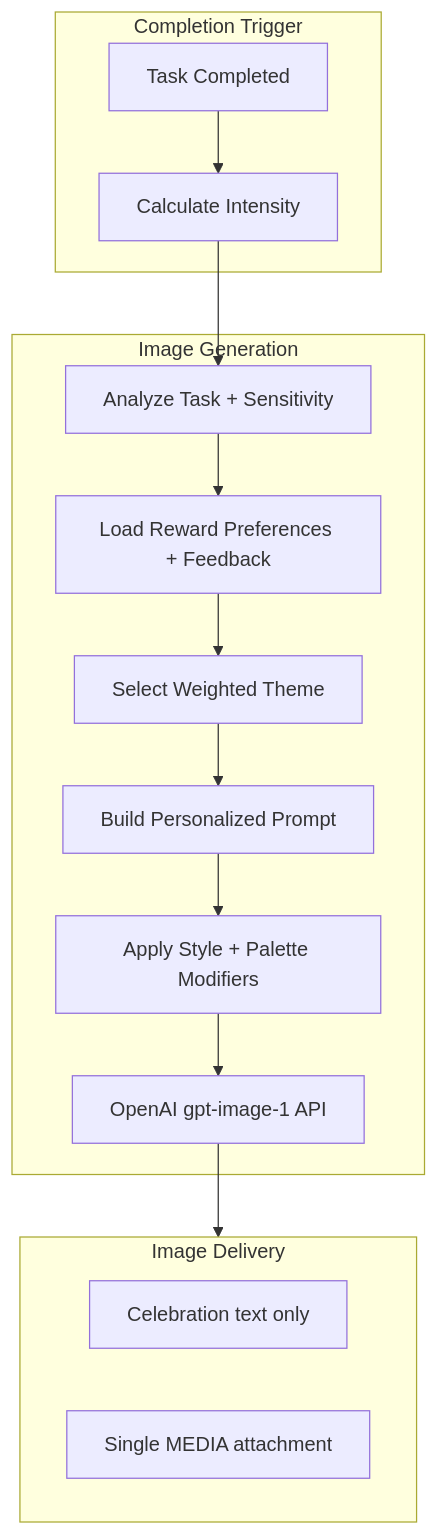
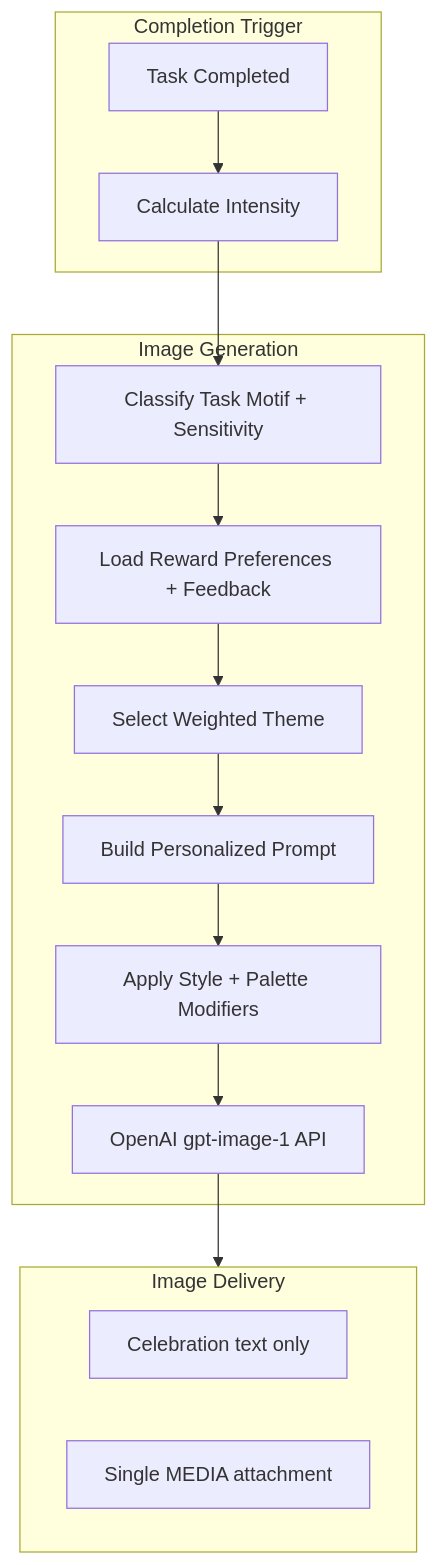
The fifth of 17 diagrams in docs/reward-system.md (NickBorgers/hide-my-list), drawn with Mermaid before and after one commit. The commit also changed other lines of this file and 328 other files, not shown here.

````diff
--- a/docs/reward-system.md
+++ b/docs/reward-system.md
@@ -215,30 +215,30 @@
 ```mermaid
 flowchart TD
     subgraph Trigger["Completion Trigger"]
         Complete[Task Completed]
         Intensity[Calculate Intensity]
     end
 
     subgraph Generation["Image Generation"]
-        Analyze[Analyze Task + Sensitivity]
+        Analyze[Classify Task Motif + Sensitivity]
         Prefs[Load Reward Preferences + Feedback]
         Theme[Select Weighted Theme]
         Prompt[Build Personalized Prompt]
         Style[Apply Style + Palette Modifiers]
         Generate[OpenAI gpt-image-1 API]
     end
 
     subgraph Delivery["Image Delivery"]
         Reply[Celebration text only]
         Media[Single MEDIA attachment]
     end
 
     Complete --> Intensity
     Intensity --> Analyze
     Analyze --> Prefs
     Prefs --> Theme
     Theme --> Prompt
     Prompt --> Style
     Style --> Generate
     Generate --> Delivery
 ```
````
